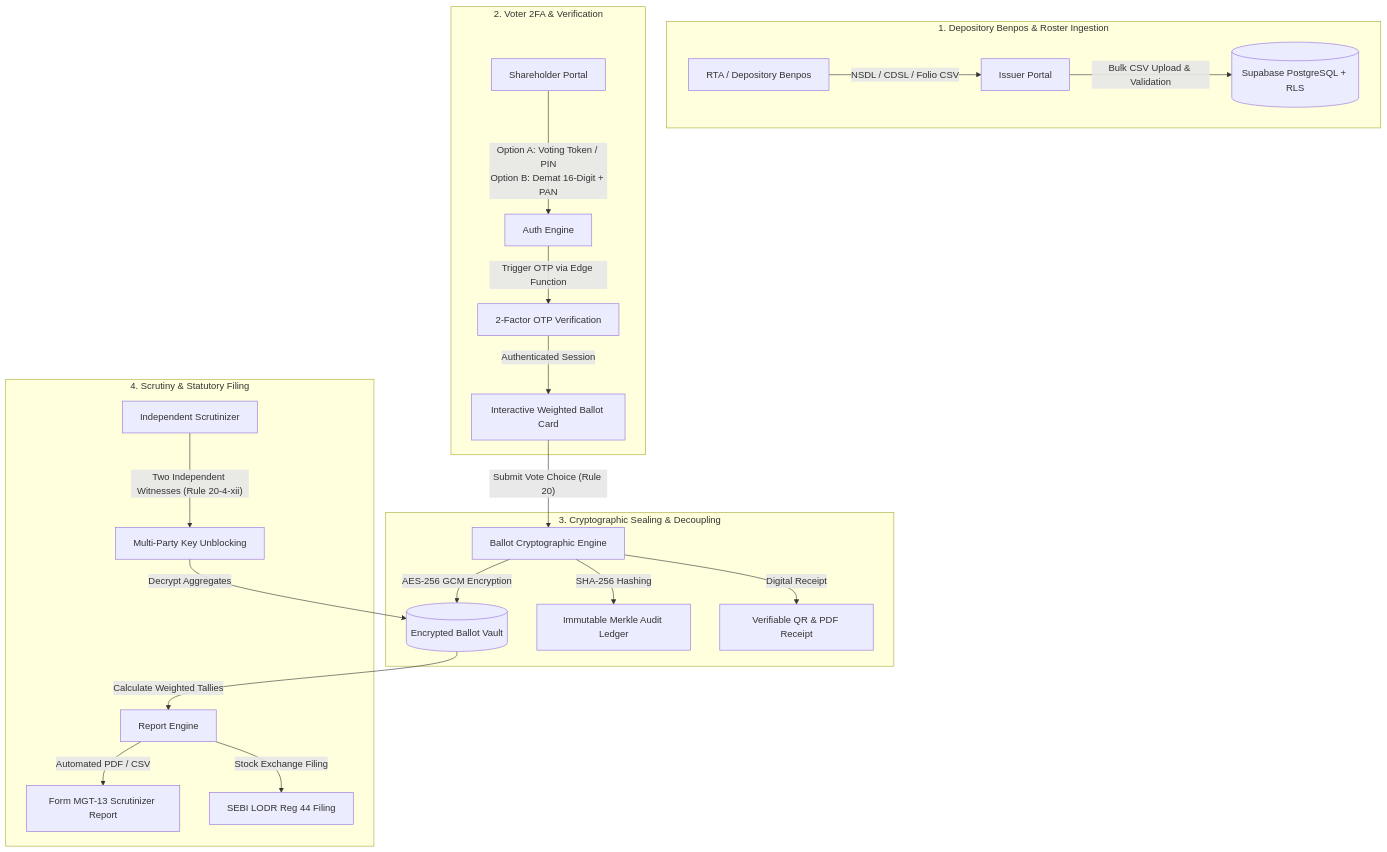
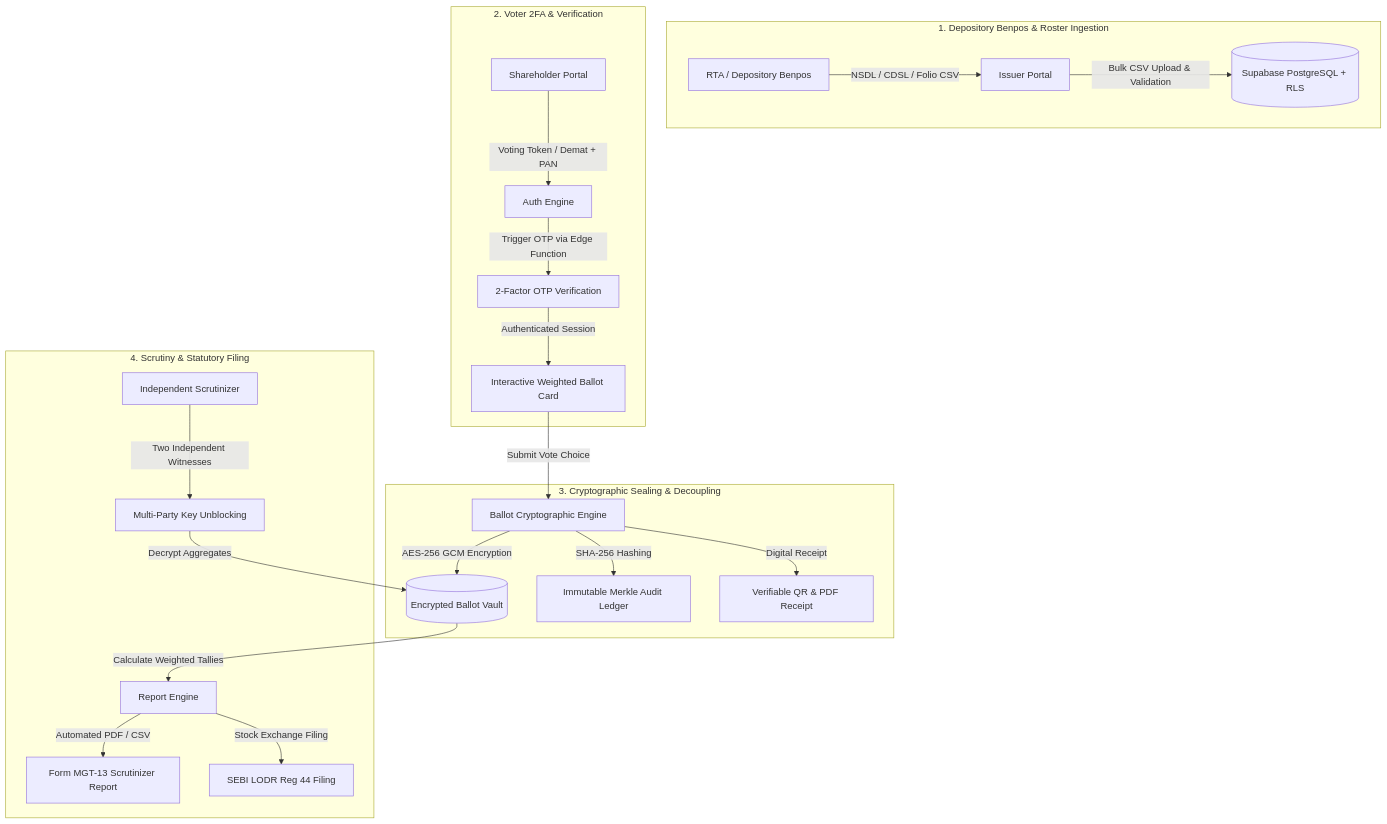
One commit to Arunkumar30102006/SHAREHOLDER-VOTING-PLATFORM changed the diagram in README.md. Above: the diagram before and after it, drawn with Mermaid. The commit also changed other lines of this file, not shown here.

Commit message:
fix(docs): fix Mermaid subgraph node conflict and banner image path

````diff
--- a/README.md
+++ b/README.md
@@ -42,28 +42,36 @@
 ```mermaid
 flowchart TD
     subgraph Ingestion["1. Depository Benpos & Roster Ingestion"]
         RTA["RTA / Depository Benpos"] -->|"NSDL / CDSL / Folio CSV"| Admin["Issuer Portal"]
         Admin -->|"Bulk CSV Upload & Validation"| DB[("Supabase PostgreSQL + RLS")]
     end
 
     subgraph Authentication["2. Voter 2FA & Verification"]
-        Shareholder["Shareholder Portal"] -->|"Option A: Voting Token / PIN<br/>Option B: Demat 16-Digit + PAN"| AuthEngine["Auth Engine"]
+        Shareholder["Shareholder Portal"] -->|"Voting Token / Demat + PAN"| AuthEngine["Auth Engine"]
         AuthEngine -->|"Trigger OTP via Edge Function"| OTP["2-Factor OTP Verification"]
         OTP -->|"Authenticated Session"| Ballot["Interactive Weighted Ballot Card"]
     end
 
     subgraph Sealing["3. Cryptographic Sealing & Decoupling"]
-        Ballot -->|"Submit Vote Choice (Rule 20)"| CryptoEngine["Ballot Cryptographic Engine"]
-        CryptoEngine -->|"AES-256 GCM Encryption"| Vault[("Encrypted Ballot Vault")]
-        CryptoEngine -->|"SHA-256 Hashing"| Merkle["Immutable Merkle Audit Ledger"]
-        CryptoEngine -->|"Digital Receipt"| ShareholderReceipt["Verifiable QR & PDF Receipt"]
+        CryptoEngine["Ballot Cryptographic Engine"]
+        Vault[("Encrypted Ballot Vault")]
+        Merkle["Immutable Merkle Audit Ledger"]
+        ShareholderReceipt["Verifiable QR & PDF Receipt"]
+        CryptoEngine -->|"AES-256 GCM Encryption"| Vault
+        CryptoEngine -->|"SHA-256 Hashing"| Merkle
+        CryptoEngine -->|"Digital Receipt"| ShareholderReceipt
     end
 
     subgraph Scrutiny["4. Scrutiny & Statutory Filing"]
-        Scrutinizer["Independent Scrutinizer"] -->|"Two Independent Witnesses (Rule 20-4-xii)"| MultiKey["Multi-Party Key Unblocking"]
-        MultiKey -->|"Decrypt Aggregates"| Vault
-        Vault -->|"Calculate Weighted Tallies"| ReportEngine["Report Engine"]
-        ReportEngine -->|"Automated PDF / CSV"| MGT13["Form MGT-13 Scrutinizer Report"]
-        ReportEngine -->|"Stock Exchange Filing"| SEBI["SEBI LODR Reg 44 Filing"]
+        Scrutinizer["Independent Scrutinizer"] -->|"Two Independent Witnesses"| MultiKey["Multi-Party Key Unblocking"]
+        ReportEngine["Report Engine"]
+        MGT13["Form MGT-13 Scrutinizer Report"]
+        SEBI["SEBI LODR Reg 44 Filing"]
+        ReportEngine -->|"Automated PDF / CSV"| MGT13
+        ReportEngine -->|"Stock Exchange Filing"| SEBI
     end
+
+    Ballot -->|"Submit Vote Choice"| CryptoEngine
+    MultiKey -->|"Decrypt Aggregates"| Vault
+    Vault -->|"Calculate Weighted Tallies"| ReportEngine
 ```
````
